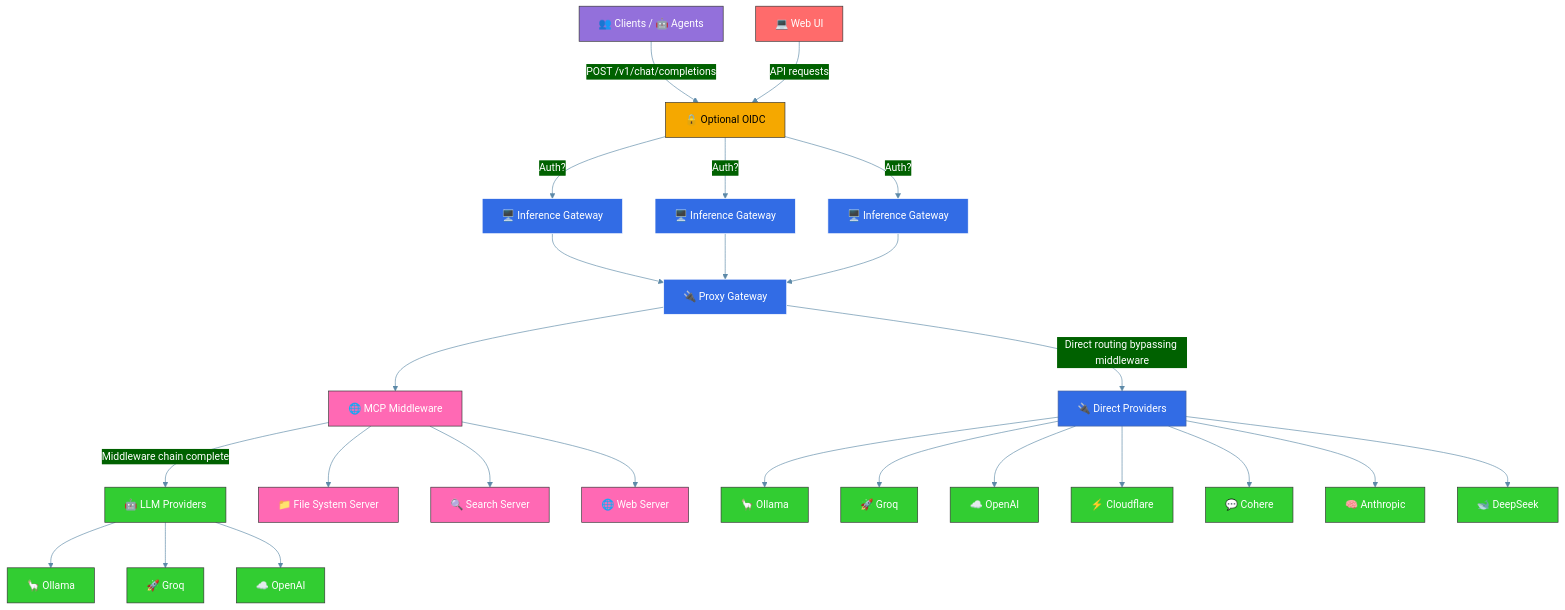
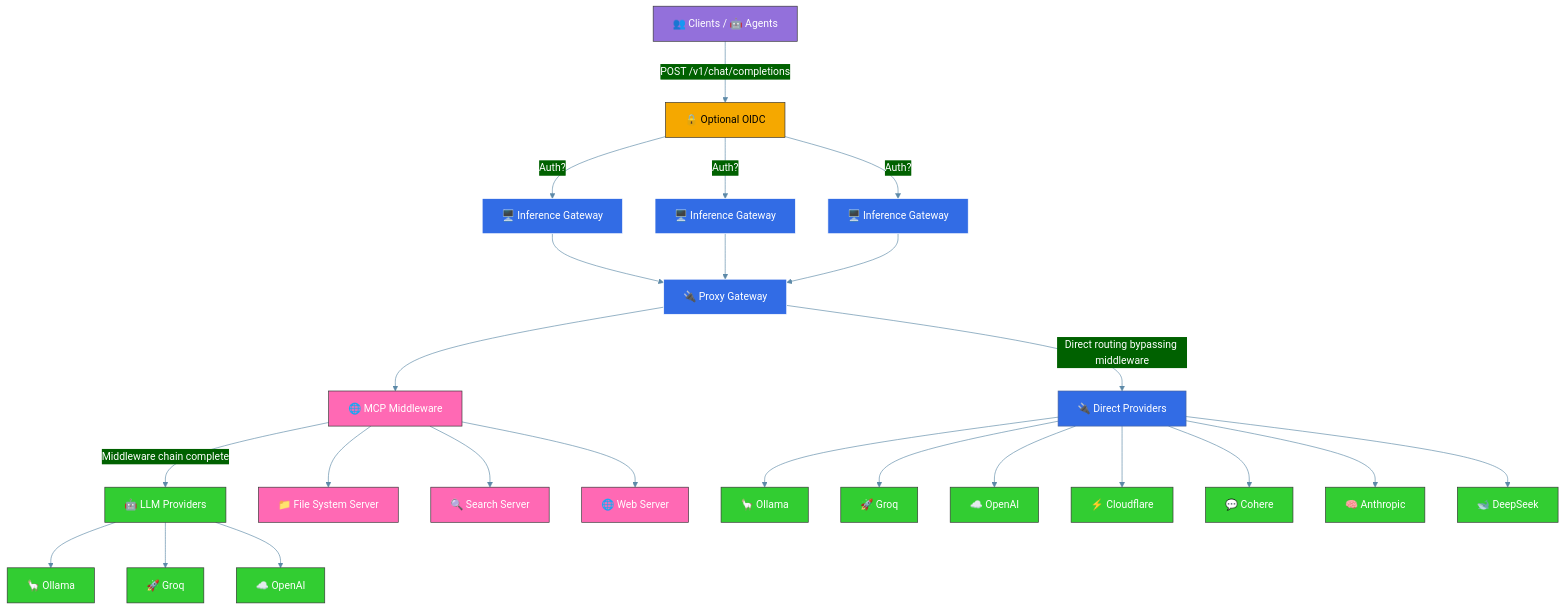
One commit to sammcj/inference-gateway changed the diagram in README.md. Above: the diagram before and after it, drawn with Mermaid. The commit also changed other lines of this file and 10 other files, not shown here.

````diff
--- a/README.md
+++ b/README.md
@@ -91,60 +90,57 @@
 ```mermaid
 %%{init: {'theme': 'base', 'themeVariables': { 'primaryColor': '#326CE5', 'primaryTextColor': '#fff', 'lineColor': '#5D8AA8', 'secondaryColor': '#006100' }, 'fontFamily': 'Arial', 'flowchart': {'nodeSpacing': 50, 'rankSpacing': 70, 'padding': 15}}}%%
 
 
 graph TD
     %% Client nodes
     A["👥 Clients / 🤖 Agents"] --> |POST /v1/chat/completions| Auth
-    UI["💻 Web UI"] --> |API requests| Auth
 
     %% Auth node
     Auth["🔒 Optional OIDC"] --> |Auth?| IG1
     Auth --> |Auth?| IG2
     Auth --> |Auth?| IG3
 
     %% Gateway nodes
     IG1["🖥️ Inference Gateway"] --> P
     IG2["🖥️ Inference Gateway"] --> P
     IG3["🖥️ Inference Gateway"] --> P
 
     %% Middleware Processing and Direct Routing
     P["🔌 Proxy Gateway"] --> MCP["🌐 MCP Middleware"]
     P --> |"Direct routing bypassing middleware"| Direct["🔌 Direct Providers"]
     MCP --> |"Middleware chain complete"| Providers["🤖 LLM Providers"]
 
     %% MCP Tool Servers
     MCP --> MCP1["📁 File System Server"]
     MCP --> MCP2["🔍 Search Server"]
     MCP --> MCP3["🌐 Web Server"]
 
     %% LLM Providers (Middleware Enhanced)
     Providers --> C1["🦙 Ollama"]
     Providers --> D1["🚀 Groq"]
     Providers --> E1["☁️ OpenAI"]
 
     %% Direct Providers (Bypass Middleware)
     Direct --> C["🦙 Ollama"]
     Direct --> D["🚀 Groq"]
     Direct --> E["☁️ OpenAI"]
     Direct --> G["⚡ Cloudflare"]
     Direct --> H1["💬 Cohere"]
     Direct --> H2["🧠 Anthropic"]
     Direct --> H3["🐋 DeepSeek"]
 
     %% Define styles
     classDef client fill:#9370DB,stroke:#333,stroke-width:1px,color:white;
     classDef auth fill:#F5A800,stroke:#333,stroke-width:1px,color:black;
     classDef gateway fill:#326CE5,stroke:#fff,stroke-width:1px,color:white;
     classDef provider fill:#32CD32,stroke:#333,stroke-width:1px,color:white;
-    classDef ui fill:#FF6B6B,stroke:#333,stroke-width:1px,color:white;
     classDef mcp fill:#FF69B4,stroke:#333,stroke-width:1px,color:white;
 
     %% Apply styles
     class A client;
-    class UI ui;
     class Auth auth;
     class IG1,IG2,IG3,P gateway;
     class C,D,E,G,H1,H2,H3,C1,D1,E1,Providers provider;
     class MCP,MCP1,MCP2,MCP3 mcp;
     class Direct direct;
 ```
````
